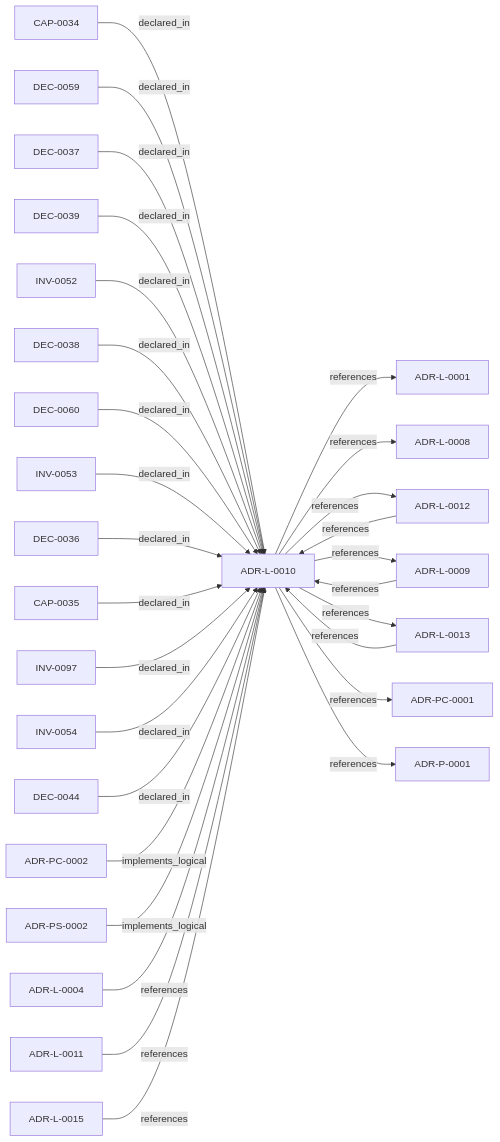
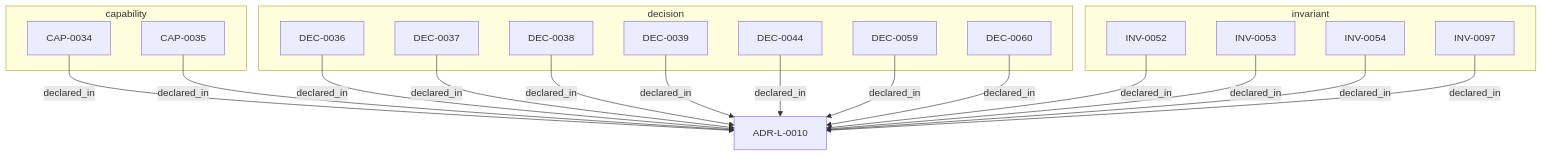
Before and after one commit to egallmann/adr-architecture-kit: the second of 2 diagrams in adrs/adr-projection/logical/ADR-L-0010-kernel-interface-contract-and-validation-profiles.md, drawn with Mermaid. The commit also changed other lines of this file and 177 other files, not shown here.

````diff
--- a/adrs/adr-projection/logical/ADR-L-0010-kernel-interface-contract-and-validation-profiles.md
+++ b/adrs/adr-projection/logical/ADR-L-0010-kernel-interface-contract-and-validation-profiles.md
@@ -45,57 +108,36 @@
 ```mermaid
-flowchart LR
-  n_019fee89_e615_70a5_861b_b2dde147e5af["ADR-L-0001"]
-  n_019fee89_e615_7577_8d37_dd0df031bec9["ADR-L-0004"]
-  n_019fee89_e616_7066_8d2f_3acc7f469f72["ADR-L-0008"]
-  n_019fee89_e616_718c_8f1f_c75e9bc215bc["CAP-0034"]
-  n_019fee89_e616_735c_bd3d_c9e51b259031["DEC-0059"]
-  n_019fee89_e616_73b2_9139_746451998656["DEC-0037"]
-  n_019fee89_e616_744f_b63e_5ecddf344faa["ADR-L-0012"]
-  n_019fee89_e616_7469_aa0f_66411a33dc10["DEC-0039"]
-  n_019fee89_e616_7522_9b1f_8befdee2cbf5["INV-0052"]
-  n_019fee89_e616_75b8_ba2f_700f93515f95["DEC-0038"]
-  n_019fee89_e616_770c_a025_2c241a720730["ADR-L-0009"]
-  n_019fee89_e616_793e_9b16_ae66725cf5ec["DEC-0060"]
-  n_019fee89_e616_7944_ae13_b64c510fc3f4["INV-0053"]
-  n_019fee89_e616_79ec_9432_43a1c8ecc104["DEC-0036"]
-  n_019fee89_e616_7b97_971d_ae165d13bf9c["ADR-L-0011"]
-  n_019fee89_e616_7c4e_953c_b7349412a784["ADR-L-0013"]
-  n_019fee89_e616_7ca5_af3e_0dcd80fe2f9f["CAP-0035"]
-  n_019fee89_e616_7cb0_813b_b2651827c986["INV-0097"]
+flowchart TB
   n_019fee89_e616_7d61_8e35_f11ba2ddd75d["ADR-L-0010"]
-  n_019fee89_e616_7e1b_8e1e_f150845bbf0e["INV-0054"]
-  n_019fee89_e616_7e82_8a0f_2c4c6bd0c326["DEC-0044"]
-  n_019fee89_e617_7270_ab2f_58a756d2530e["ADR-PC-0001"]
-  n_019fee89_e617_7d2b_8325_cd85ff814477["ADR-PC-0002"]
-  n_019fee89_e617_7e69_861a_f3040f70c2d9["ADR-L-0015"]
-  n_019fee89_e618_79ed_9d2d_cc35c63bc99a["ADR-P-0001"]
-  n_019fee89_e618_7d04_9337_4aa2d3258507["ADR-PS-0002"]
+  subgraph sg_capability["capability"]
+    n_019fee89_e616_718c_8f1f_c75e9bc215bc["CAP-0034"]
+    n_019fee89_e616_7ca5_af3e_0dcd80fe2f9f["CAP-0035"]
+  end
+  subgraph sg_decision["decision"]
+    n_019fee89_e616_79ec_9432_43a1c8ecc104["DEC-0036"]
+    n_019fee89_e616_73b2_9139_746451998656["DEC-0037"]
+    n_019fee89_e616_75b8_ba2f_700f93515f95["DEC-0038"]
+    n_019fee89_e616_7469_aa0f_66411a33dc10["DEC-0039"]
+    n_019fee89_e616_7e82_8a0f_2c4c6bd0c326["DEC-0044"]
+    n_019fee89_e616_735c_bd3d_c9e51b259031["DEC-0059"]
+    n_019fee89_e616_793e_9b16_ae66725cf5ec["DEC-0060"]
+  end
+  subgraph sg_invariant["invariant"]
+    n_019fee89_e616_7522_9b1f_8befdee2cbf5["INV-0052"]
+    n_019fee89_e616_7944_ae13_b64c510fc3f4["INV-0053"]
+    n_019fee89_e616_7e1b_8e1e_f150845bbf0e["INV-0054"]
+    n_019fee89_e616_7cb0_813b_b2651827c986["INV-0097"]
+  end
   n_019fee89_e616_718c_8f1f_c75e9bc215bc -->|"declared_in"| n_019fee89_e616_7d61_8e35_f11ba2ddd75d
   n_019fee89_e616_735c_bd3d_c9e51b259031 -->|"declared_in"| n_019fee89_e616_7d61_8e35_f11ba2ddd75d
   n_019fee89_e616_73b2_9139_746451998656 -->|"declared_in"| n_019fee89_e616_7d61_8e35_f11ba2ddd75d
   n_019fee89_e616_7469_aa0f_66411a33dc10 -->|"declared_in"| n_019fee89_e616_7d61_8e35_f11ba2ddd75d
   n_019fee89_e616_7522_9b1f_8befdee2cbf5 -->|"declared_in"| n_019fee89_e616_7d61_8e35_f11ba2ddd75d
   n_019fee89_e616_75b8_ba2f_700f93515f95 -->|"declared_in"| n_019fee89_e616_7d61_8e35_f11ba2ddd75d
   n_019fee89_e616_793e_9b16_ae66725cf5ec -->|"declared_in"| n_019fee89_e616_7d61_8e35_f11ba2ddd75d
   n_019fee89_e616_7944_ae13_b64c510fc3f4 -->|"declared_in"| n_019fee89_e616_7d61_8e35_f11ba2ddd75d
   n_019fee89_e616_79ec_9432_43a1c8ecc104 -->|"declared_in"| n_019fee89_e616_7d61_8e35_f11ba2ddd75d
   n_019fee89_e616_7ca5_af3e_0dcd80fe2f9f -->|"declared_in"| n_019fee89_e616_7d61_8e35_f11ba2ddd75d
   n_019fee89_e616_7cb0_813b_b2651827c986 -->|"declared_in"| n_019fee89_e616_7d61_8e35_f11ba2ddd75d
   n_019fee89_e616_7e1b_8e1e_f150845bbf0e -->|"declared_in"| n_019fee89_e616_7d61_8e35_f11ba2ddd75d
   n_019fee89_e616_7e82_8a0f_2c4c6bd0c326 -->|"declared_in"| n_019fee89_e616_7d61_8e35_f11ba2ddd75d
-  n_019fee89_e617_7d2b_8325_cd85ff814477 -->|"implements_logical"| n_019fee89_e616_7d61_8e35_f11ba2ddd75d
-  n_019fee89_e618_7d04_9337_4aa2d3258507 -->|"implements_logical"| n_019fee89_e616_7d61_8e35_f11ba2ddd75d
-  n_019fee89_e615_7577_8d37_dd0df031bec9 -->|"references"| n_019fee89_e616_7d61_8e35_f11ba2ddd75d
-  n_019fee89_e616_744f_b63e_5ecddf344faa -->|"references"| n_019fee89_e616_7d61_8e35_f11ba2ddd75d
-  n_019fee89_e616_770c_a025_2c241a720730 -->|"references"| n_019fee89_e616_7d61_8e35_f11ba2ddd75d
-  n_019fee89_e616_7b97_971d_ae165d13bf9c -->|"references"| n_019fee89_e616_7d61_8e35_f11ba2ddd75d
-  n_019fee89_e616_7c4e_953c_b7349412a784 -->|"references"| n_019fee89_e616_7d61_8e35_f11ba2ddd75d
-  n_019fee89_e616_7d61_8e35_f11ba2ddd75d -->|"references"| n_019fee89_e615_70a5_861b_b2dde147e5af
-  n_019fee89_e616_7d61_8e35_f11ba2ddd75d -->|"references"| n_019fee89_e616_7066_8d2f_3acc7f469f72
-  n_019fee89_e616_7d61_8e35_f11ba2ddd75d -->|"references"| n_019fee89_e616_744f_b63e_5ecddf344faa
-  n_019fee89_e616_7d61_8e35_f11ba2ddd75d -->|"references"| n_019fee89_e616_770c_a025_2c241a720730
-  n_019fee89_e616_7d61_8e35_f11ba2ddd75d -->|"references"| n_019fee89_e616_7c4e_953c_b7349412a784
-  n_019fee89_e616_7d61_8e35_f11ba2ddd75d -->|"references"| n_019fee89_e617_7270_ab2f_58a756d2530e
-  n_019fee89_e616_7d61_8e35_f11ba2ddd75d -->|"references"| n_019fee89_e618_79ed_9d2d_cc35c63bc99a
-  n_019fee89_e617_7e69_861a_f3040f70c2d9 -->|"references"| n_019fee89_e616_7d61_8e35_f11ba2ddd75d
 ```
````
